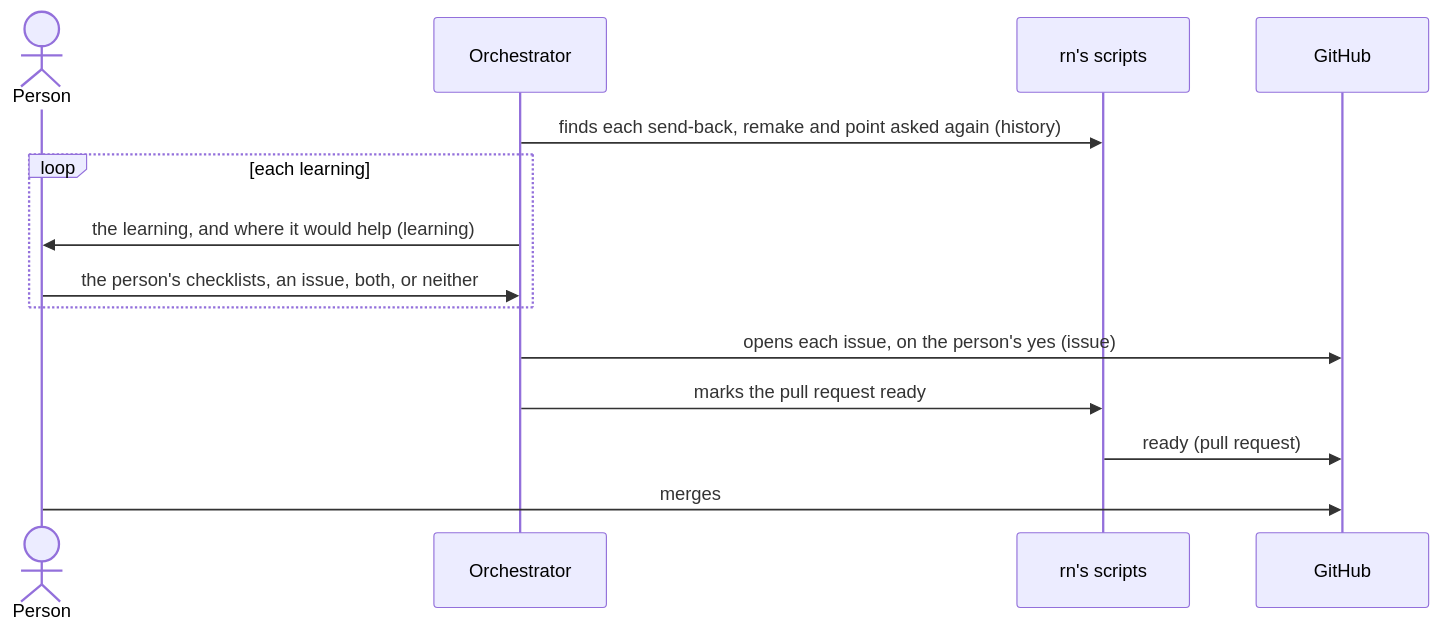
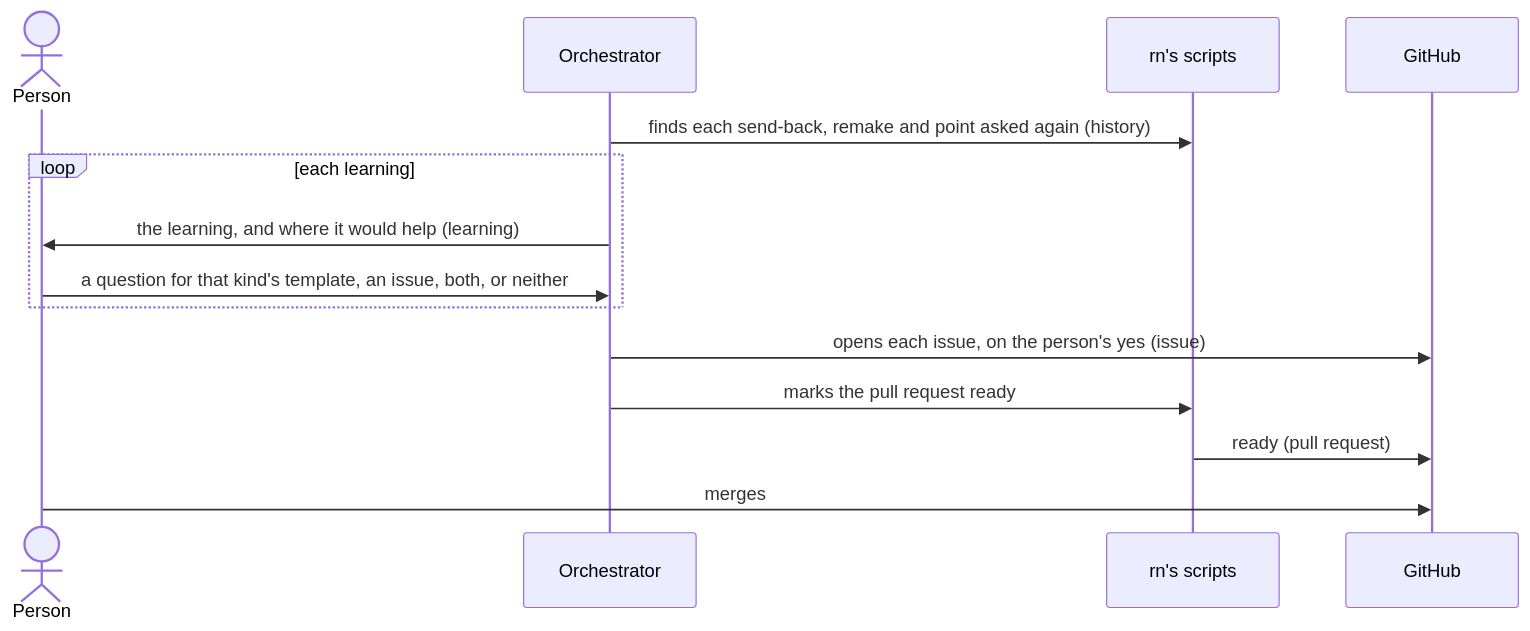
The fifth of 5 diagrams in dev/rn/architecture.md (lovaizu/ccpm), drawn with Mermaid before and after one commit. The commit also changed other lines of this file and 5 other files, not shown here.

First line of the commit message:
rn's architecture checked against a design tree settled by the steering; the points asked down a design tree, and work going on another day

````diff
--- a/dev/rn/architecture.md
+++ b/dev/rn/architecture.md
@@ -160,16 +189,16 @@
 ```mermaid
 sequenceDiagram
   actor U as Person
   participant O as Orchestrator
   participant S as rn's scripts
   participant G as GitHub
   O->>S: finds each send-back, remake and point asked again (history)
   loop each learning
     O->>U: the learning, and where it would help (learning)
-    U->>O: the person's checklists, an issue, both, or neither
+    U->>O: a question for that kind's template, an issue, both, or neither
   end
   O->>G: opens each issue, on the person's yes (issue)
   O->>S: marks the pull request ready
   S->>G: ready (pull request)
   U->>G: merges
 ```
````
